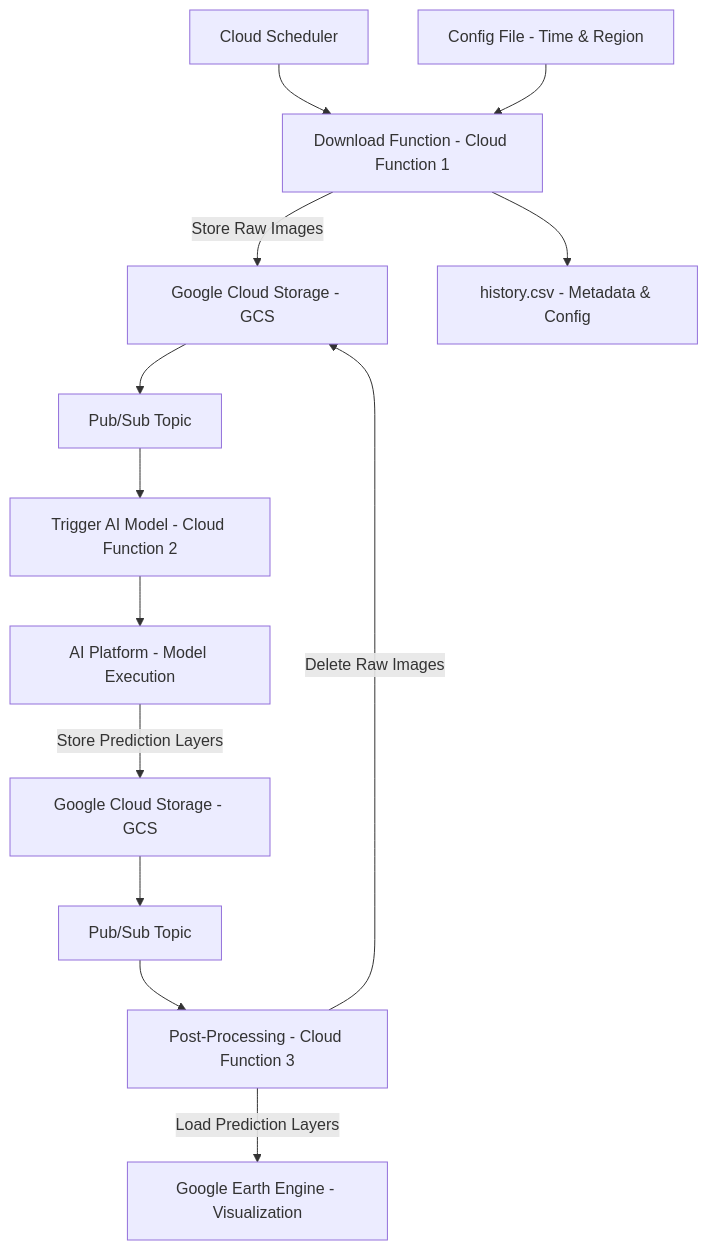
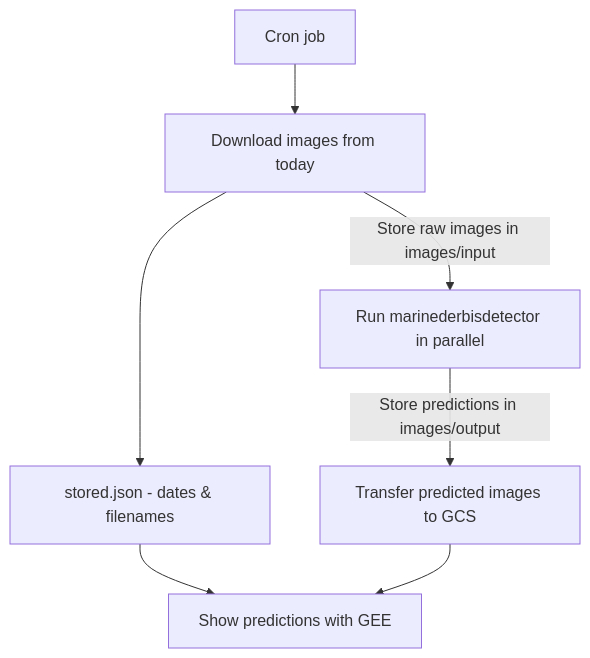
Before and after one commit to MI4People/Marine_Litter: the diagram in README.md, drawn with Mermaid. The commit also changed other lines of this file, not shown here.

Commit message:
Update graph

````diff
--- a/README.md
+++ b/README.md
@@ -43,15 +43,8 @@
 ```mermaid
 graph TD
-    A[Cloud Scheduler] --> B[Download Function - Cloud Function 1]
-    B --> |Store Raw Images| C[Google Cloud Storage - GCS]
-    B --> D[history.csv - Metadata & Config]
-    E[Config File - Time & Region] --> B 
-    C --> F[Pub/Sub Topic]
-    F --> G[Trigger AI Model - Cloud Function 2]
-    G --> H[AI Platform - Model Execution]
-    H --> |Store Prediction Layers| I[Google Cloud Storage - GCS]
-    I --> J[Pub/Sub Topic]
-    J --> K[Post-Processing - Cloud Function 3]
-    K --> |Load Prediction Layers| L[Google Earth Engine - Visualization]
-    K -->|Delete Raw Images| C
+    A[Cron job] --> B[Download images from today]
+    B --> |Store raw images in images/input| C[Run marinederbisdetector in parallel]
+    B --> D[stored.json - dates & filenames] --> G
+    C --> |Store predictions in images/output| F[Transfer predicted images to GCS]
+    F --> G[Show predictions with GEE]
 ```
````
